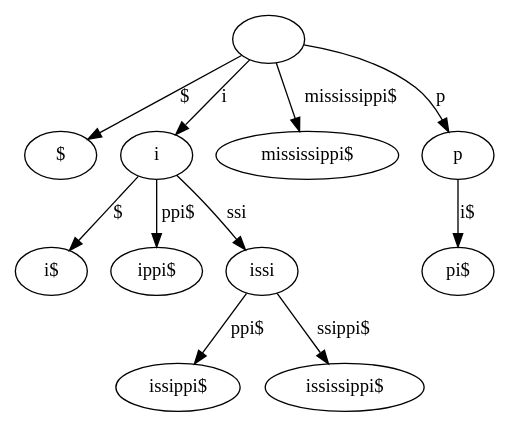
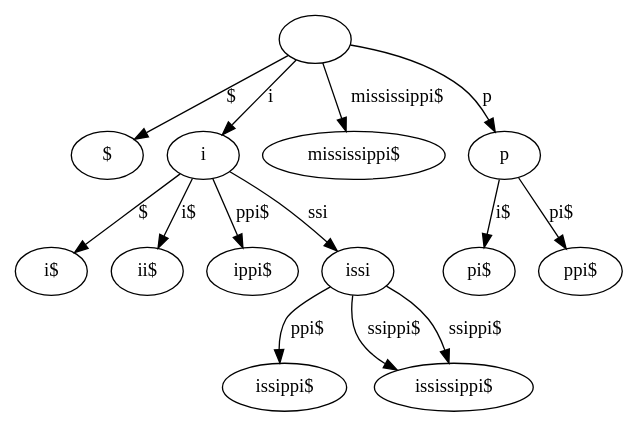
Before and after one commit to cmkobel/GSA: the diagram in 3_lcp_suffix_tree/test-output/iter/6.gv, drawn with Graphviz. The commit also changed 24 other files, not shown here.

```diff
--- a/3_lcp_suffix_tree/test-output/iter/6.gv
+++ b/3_lcp_suffix_tree/test-output/iter/6.gv
@@ -1,24 +1,30 @@
 // Suffix tree
 digraph {
 	"|" [label=""]
 	"$|$" [label="$"]
 	"|" -> "$|$" [label="$"]
 	"i|i" [label=i]
 	"$|i$" [label="i$"]
 	"i|i" -> "$|i$" [label="$"]
+	"i$|ii$" [label="ii$"]
+	"i|i" -> "i$|ii$" [label="i$"]
 	"ppi$|ippi$" [label="ippi$"]
 	"i|i" -> "ppi$|ippi$" [label="ppi$"]
 	"ssi|issi" [label=issi]
 	"ppi$|issippi$" [label="issippi$"]
 	"ssi|issi" -> "ppi$|issippi$" [label="ppi$"]
+	"ssippi$|ississippi$" [label="ississippi$"]
+	"ssi|issi" -> "ssippi$|ississippi$" [label="ssippi$"]
 	"ssippi$|ississippi$" [label="ississippi$"]
 	"ssi|issi" -> "ssippi$|ississippi$" [label="ssippi$"]
 	"i|i" -> "ssi|issi" [label=ssi]
 	"|" -> "i|i" [label=i]
 	"mississippi$|mississippi$" [label="mississippi$"]
 	"|" -> "mississippi$|mississippi$" [label="mississippi$"]
 	"p|p" [label=p]
 	"i$|pi$" [label="pi$"]
 	"p|p" -> "i$|pi$" [label="i$"]
+	"pi$|ppi$" [label="ppi$"]
+	"p|p" -> "pi$|ppi$" [label="pi$"]
 	"|" -> "p|p" [label=p]
 }
```
